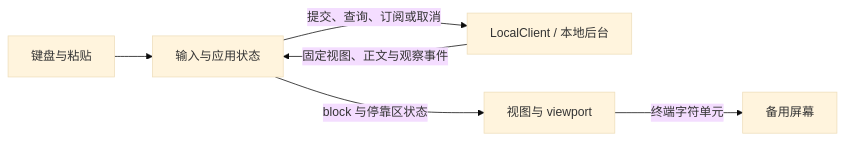
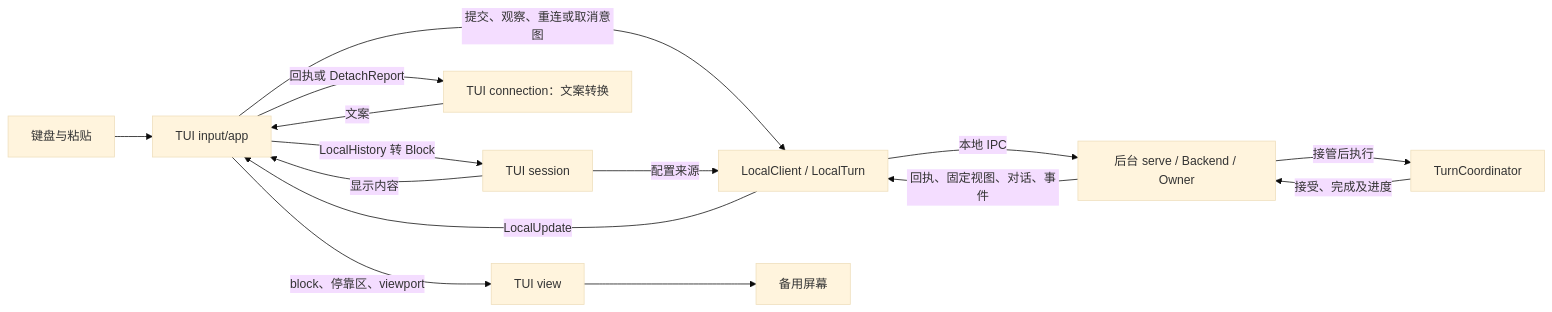
One commit to Skyline10124/lattice changed the diagram in docs/architecture/tui.md. Above: the diagram before and after it, drawn with Mermaid (base theme). The commit also changed other lines of this file and 12 other files, not shown here.

First line of the commit message:
docs(architecture): 重写 R1 职责流程与验证说明

````diff
--- a/docs/architecture/tui.md
+++ b/docs/architecture/tui.md
@@ -33,8 +55,17 @@
 ```mermaid
 flowchart LR
-    K["键盘与粘贴"] --> I["输入与应用状态"]
-    I -->|提交、查询、订阅或取消| A["LocalClient / 本地后台"]
-    A -->|固定视图、正文与观察事件| I
-    I -->|block 与停靠区状态| V["视图与 viewport"]
-    V -->|终端字符单元| T["备用屏幕"]
+    K["键盘与粘贴"] --> A["TUI input/app"]
+    A -->|提交、观察、重连或取消意图| L["LocalClient / LocalTurn"]
+    S["TUI session"] -->|配置来源| L
+    L -->|本地 IPC| B["后台 serve / Backend / Owner"]
+    B -->|接管后执行| E["TurnCoordinator"]
+    E -->|接受、完成及进度| B
+    B -->|回执、固定视图、对话、事件| L
+    L -->|LocalUpdate| A
+    A -->|LocalHistory 转 Block| S
+    S -->|显示内容| A
+    A -->|回执或 DetachReport| C["TUI connection：文案转换"]
+    C -->|文案| A
+    A -->|block、停靠区、viewport| V["TUI view"]
+    V --> T["备用屏幕"]
 ```
````
